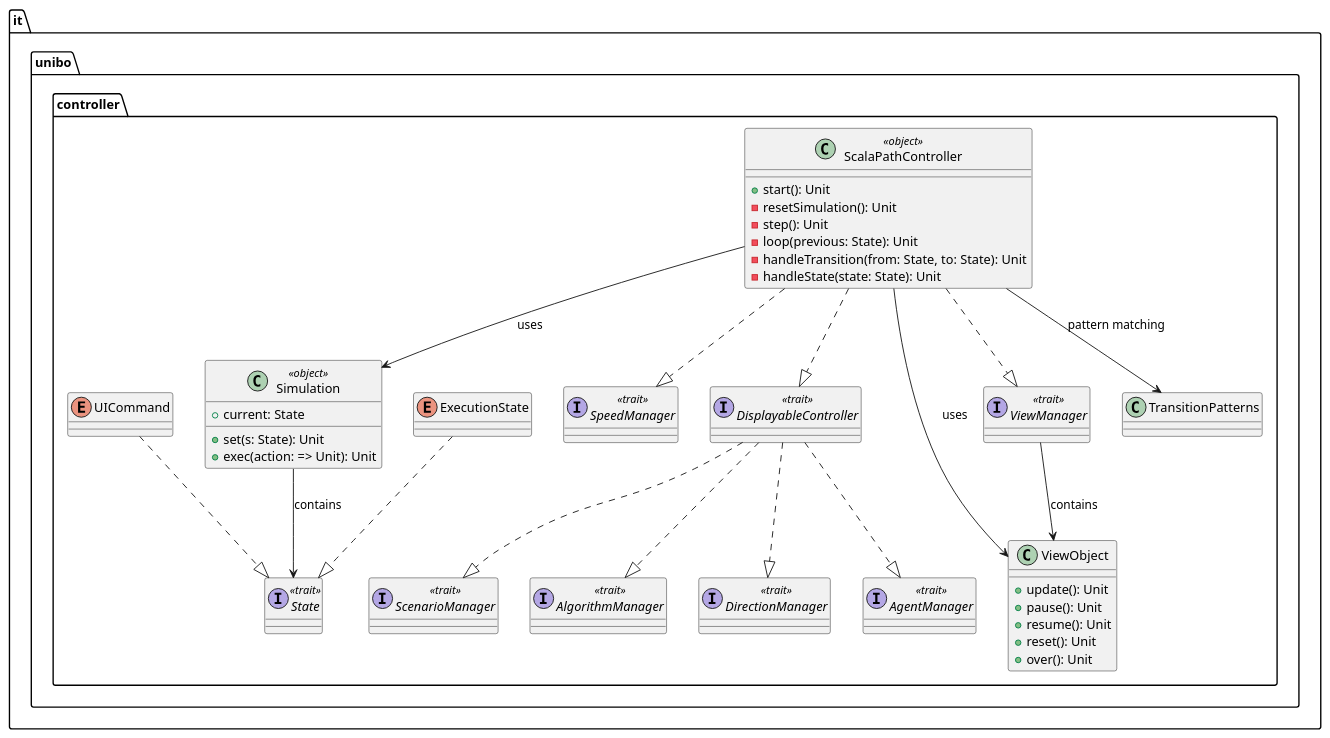
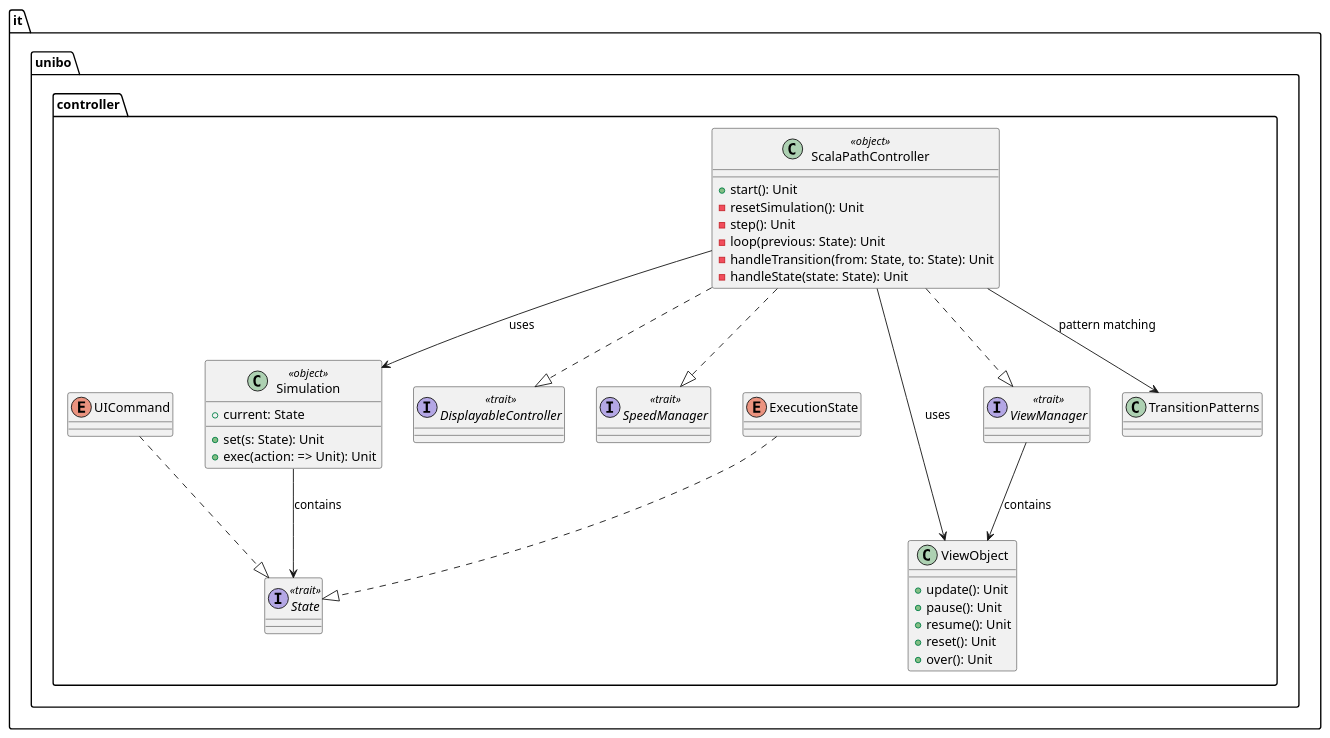
One commit to g-mainardi/PPS-24-scala-path changed the diagram in controller.puml. Above: the diagram before and after it, drawn with PlantUML.

Commit message:
docs: renaming displayable layers from controller UML

```diff
--- a/controller.puml
+++ b/controller.puml
@@ -1,87 +1,73 @@
 @startuml ScalaPathController_Architecture
 package "it.unibo.controller" {
 
     ' Main Controller Object
     class ScalaPathController <<object>> {
         +start(): Unit
         -resetSimulation(): Unit
         -step(): Unit
         -loop(previous: State): Unit
         -handleTransition(from: State, to: State): Unit
         -handleState(state: State): Unit
     }
 
     ' Core Traits
     interface DisplayableController <<trait>> {
     }
 
     interface SpeedManager <<trait>> {
     }
 
-    interface AgentManager <<trait>> {
-    }
 
     interface ViewManager <<trait>> {
-    }
-
-    ' Nested Traits in DisplayableController
-    interface ScenarioManager <<trait>> {
-    }
-
-    interface AlgorithmManager <<trait>> {
-    }
-
-    interface DirectionManager <<trait>> {
     }
 
     ' Simulation Object
     class Simulation <<object>> {
         +current: State
         +set(s: State): Unit
         +exec(action: => Unit): Unit
     }
 
     ' Simulation States and Commands
     interface State <<trait>> {
     }
 
     enum ExecutionState {
     }
 
     enum UICommand {
     }
 
     ' View Manager Inner Object
     class ViewObject {
         +update(): Unit
         +pause(): Unit
         +resume(): Unit
         +reset(): Unit
         +over(): Unit
     }
 
     ' Pattern Matching Objects
     class TransitionPatterns {
     }
 
     ' Relationships
-    ScalaPathController ..|> DisplayableController
-    ScalaPathController ..|> SpeedManager
-    ScalaPathController ..|> ViewManager
 
-    DisplayableController ..|> ScenarioManager
-    DisplayableController ..|> AlgorithmManager
-    DisplayableController ..|> DirectionManager
-    DisplayableController ..|> AgentManager
 
-    ScalaPathController --> Simulation : uses
     ExecutionState ..|> State
     UICommand ..|> State
+    ScalaPathController --> Simulation : uses
     Simulation --> State : contains
 
     ViewManager --> ViewObject : contains
     ScalaPathController --> ViewObject : uses
     ScalaPathController --> TransitionPatterns : pattern matching
+
+
+    ScalaPathController ..|> DisplayableController
+    ScalaPathController ..|> SpeedManager
+    ScalaPathController ..|> ViewManager
 }
 
 @enduml
```
